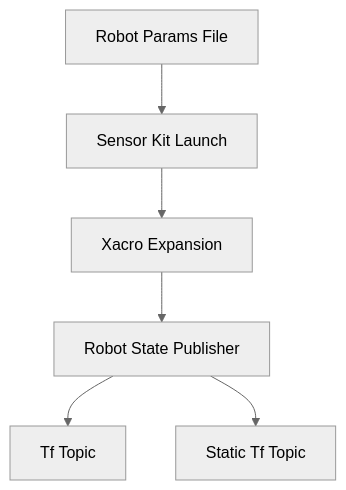
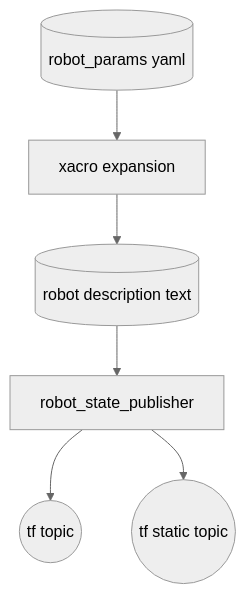
Before and after one commit to hwanhonglee/CAMROD: the first of 2 diagrams in camrod_sensor_kit/README.md, drawn with Mermaid (neutral theme). The commit also changed other lines of this file and 13 other files, not shown here.

Commit message:
docs(readme): clarify diagram semantics and avg_msgs interface-only role

````diff
--- a/camrod_sensor_kit/README.md
+++ b/camrod_sensor_kit/README.md
@@ -7,8 +7,8 @@
 ```mermaid
 graph TD
-  PARAM[Robot Params File] --> LAUNCH[Sensor Kit Launch]
-  LAUNCH --> XACRO[Xacro Expansion]
-  XACRO --> RSP[Robot State Publisher]
-  RSP --> TF[Tf Topic]
-  RSP --> TFS[Static Tf Topic]
+  PARAM[(robot_params yaml)] --> XACRO[xacro expansion]
+  XACRO --> DESC[(robot description text)]
+  DESC --> RSP[robot_state_publisher]
+  RSP --> TF((tf topic))
+  RSP --> TFS((tf static topic))
 ```
````
